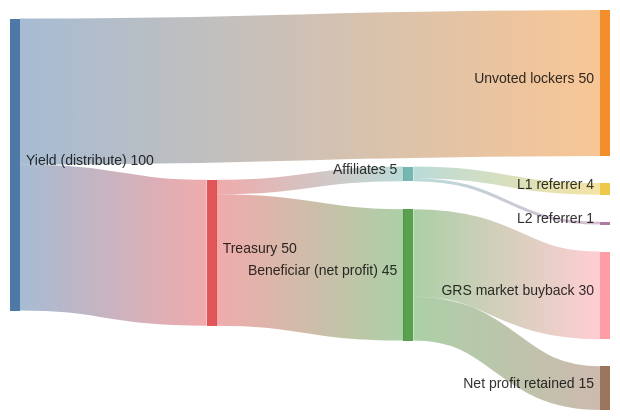
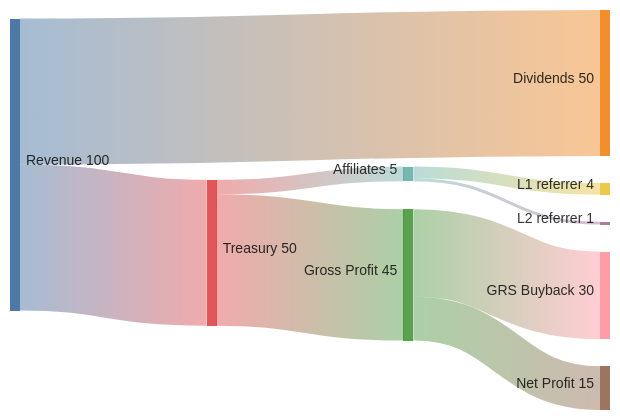
The diagram in general/overview.md (grindurus/grindurus-docs), drawn with Mermaid before and after one commit.

Commit message:
Update revenue distribution structure in overview.md for clarity and accuracy. Changed percentage allocations for various categories, enhancing the understanding of financial flows within the protocol.

````diff
--- a/general/overview.md
+++ b/general/overview.md
@@ -128,18 +128,18 @@
 ```mermaid
 ---
 config:
   sankey:
     showValues: true
     linkColor: gradient
 ---
 sankey-beta
 
-Yield (distribute),Unvoted lockers,50
-Yield (distribute),Treasury,50
-Treasury,Affiliates,5
-Treasury,Beneficiar (net profit),45
-Affiliates,L1 referrer,4
-Affiliates,L2 referrer,1
-Beneficiar (net profit),GRS market buyback,30
-Beneficiar (net profit),Net profit retained,15
+Revenue,Dividends,50%
+Revenue,Treasury,50%
+Treasury,Affiliates,5%
+Treasury,Gross Profit,45%
+Affiliates,L1 referrer,4%
+Affiliates,L2 referrer,1%
+Gross Profit,GRS Buyback,30%
+Gross Profit,Net Profit ,15%
 ```
````
